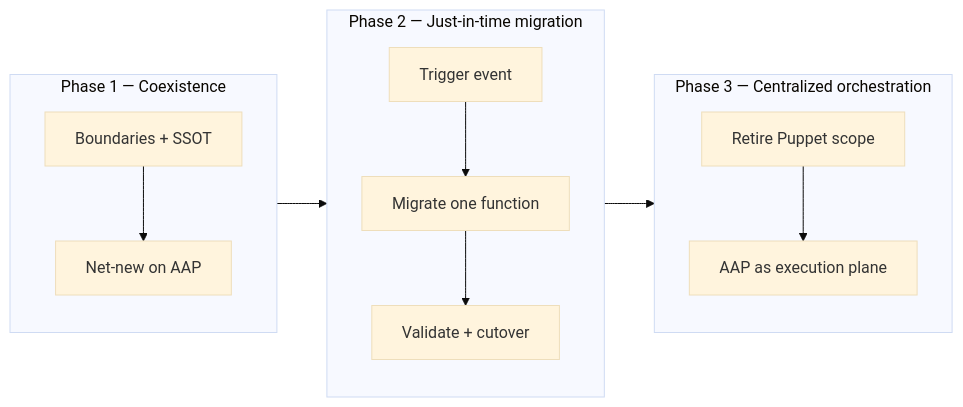
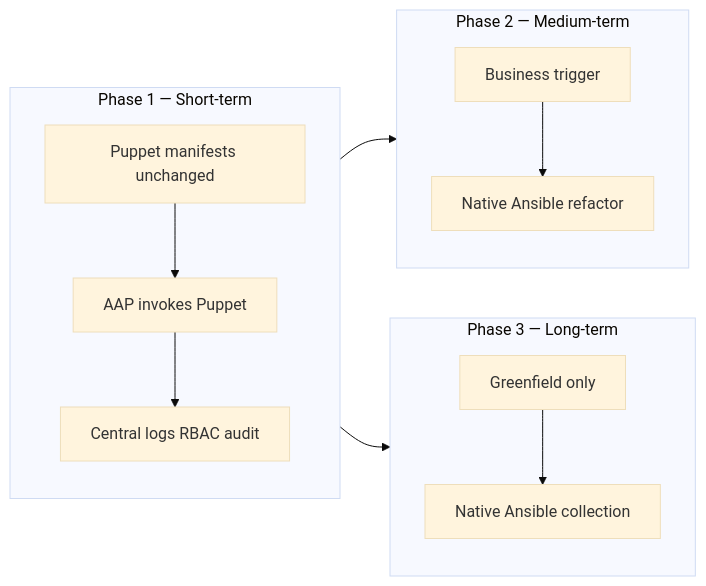
One commit to automationiberia/ai-auto-governance-as-code changed the diagram in automation-whitepaper/architecture/aap-puppet-coexistence-evolution.md. Above: the diagram before and after it, drawn with Mermaid (base theme). The commit also changed other lines of this file and 12 other files, not shown here.

First line of the commit message:
Align AAP/Puppet strategy with Strategic Proposal v1.0.

````diff
--- a/automation-whitepaper/architecture/aap-puppet-coexistence-evolution.md
+++ b/automation-whitepaper/architecture/aap-puppet-coexistence-evolution.md
@@ -23,14 +11,15 @@
 ```mermaid
 flowchart LR
-  subgraph p1 [Phase 1 — Coexistence]
-    A[Boundaries + SSOT] --> B[Net-new on AAP]
+  subgraph p1 [Phase 1 — Short-term]
+    A[Puppet manifests unchanged] --> B[AAP invokes Puppet]
+    B --> C[Central logs RBAC audit]
   end
-  subgraph p2 [Phase 2 — Just-in-time migration]
-    C[Trigger event] --> D[Migrate one function]
-    D --> E[Validate + cutover]
+  subgraph p2 [Phase 2 — Medium-term]
+    D[Business trigger] --> E[Native Ansible refactor]
   end
-  subgraph p3 [Phase 3 — Centralized orchestration]
-    F[Retire Puppet scope] --> G[AAP as execution plane]
+  subgraph p3 [Phase 3 — Long-term]
+    F[Greenfield only] --> G[Native Ansible collection]
   end
-  p1 --> p2 --> p3
+  p1 --> p2
+  p1 --> p3
 ```
````
